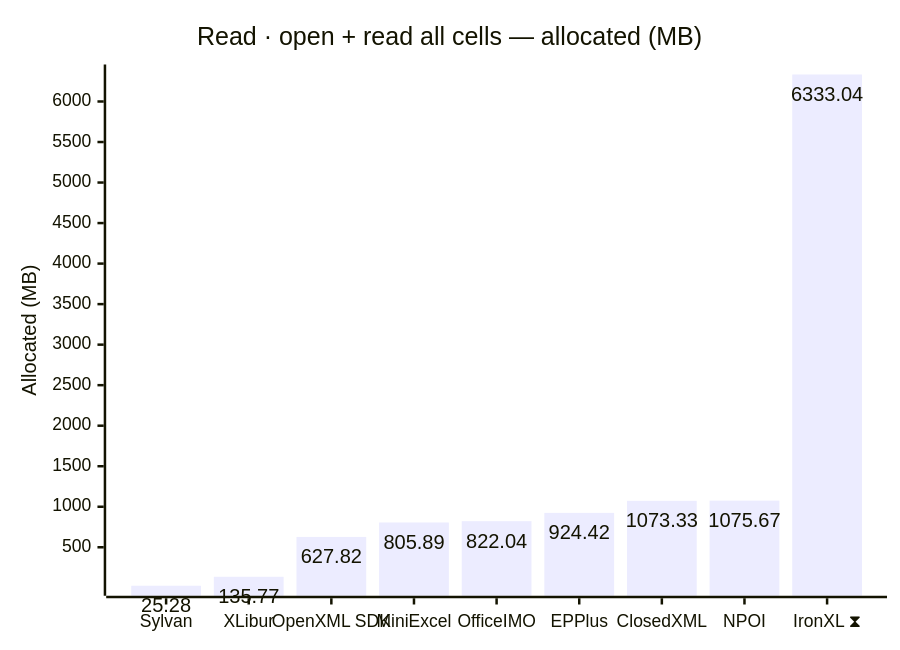
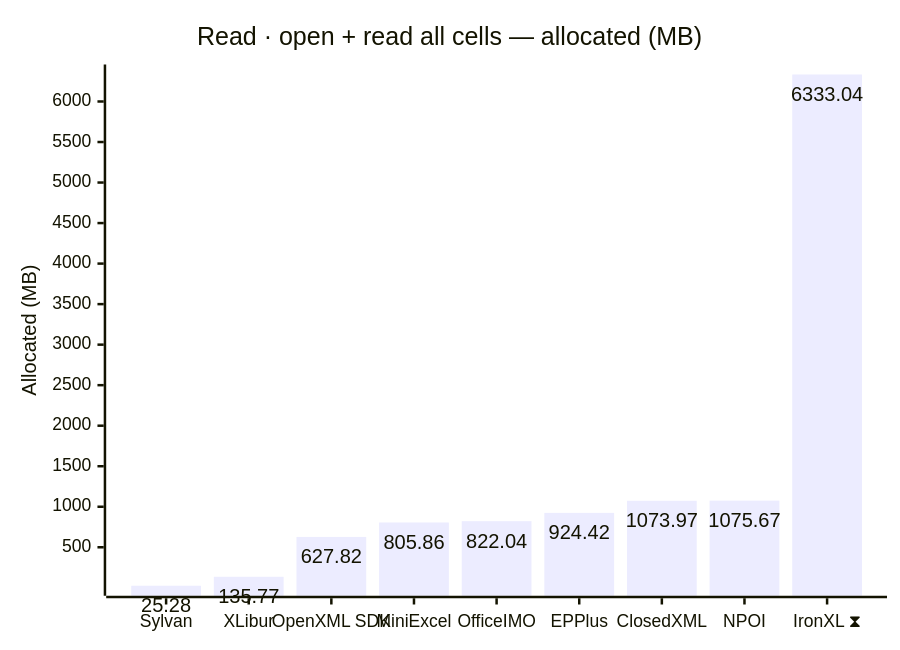
The fourth of 18 diagrams in docs/results-ci.md (jafin/XLBench), drawn with Mermaid before and after one commit. The commit also changed other lines of this file, not shown here.

````diff
--- a/docs/results-ci.md
+++ b/docs/results-ci.md
@@ -82,12 +82,12 @@
 ```mermaid
 ---
 config:
   xyChart:
     showDataLabel: true
 ---
 xychart-beta
     title "Read · open + read all cells — allocated (MB)"
     x-axis ["Sylvan", "XLibur", "OpenXML SDK", "MiniExcel", "OfficeIMO", "EPPlus", "ClosedXML", "NPOI", "IronXL ⧗"]
     y-axis "Allocated (MB)"
-    bar [25.28, 135.77, 627.82, 805.89, 822.04, 924.42, 1073.33, 1075.67, 6333.04]
+    bar [25.28, 135.77, 627.82, 805.86, 822.04, 924.42, 1073.97, 1075.67, 6333.04]
 ```
````
